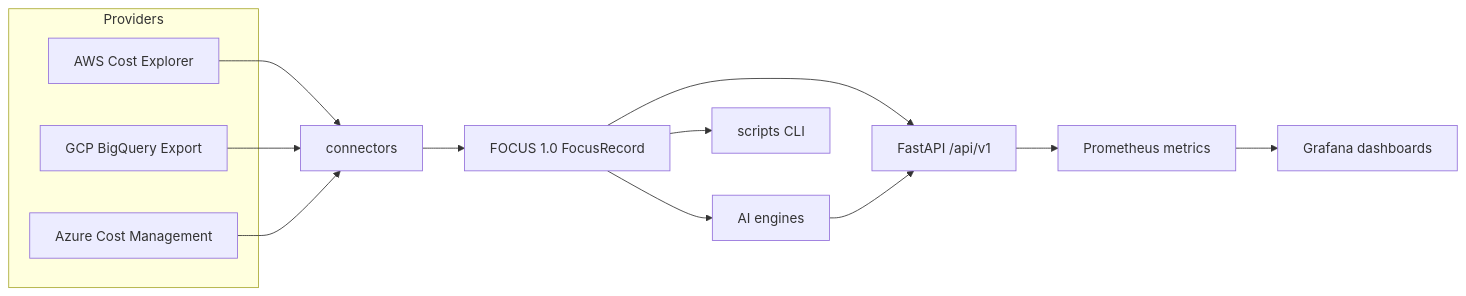
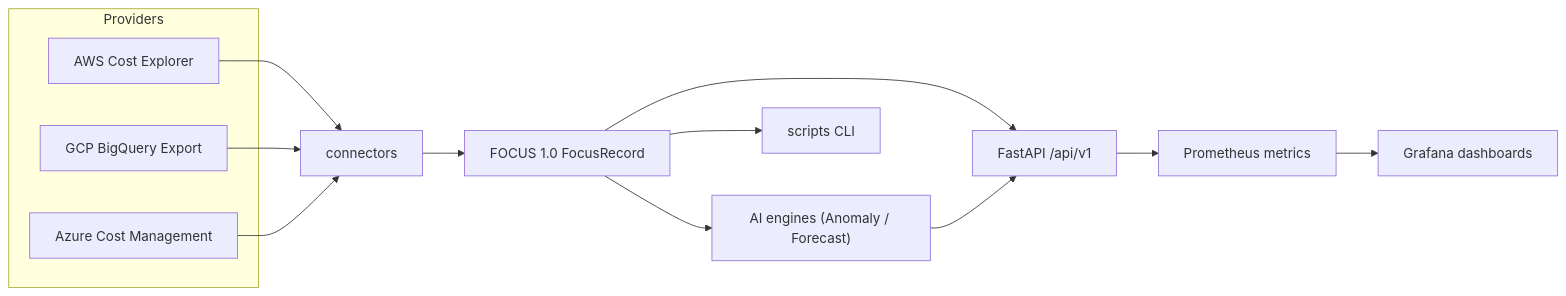
The diagram in README.md (priyaranjan-sahu/multi-cloud-finops), drawn with Mermaid before and after one commit. The commit also changed other lines of this file and 23 other files, not shown here.

````diff
--- a/README.md
+++ b/README.md
@@ -50,18 +53,18 @@
 ```mermaid
 flowchart LR
     subgraph Providers
         AWS["AWS Cost Explorer"]
         GCP["GCP BigQuery Export"]
         AZ["Azure Cost Management"]
     end
     AWS --> CON["connectors"]
     GCP --> CON
     AZ --> CON
     CON --> FOC["FOCUS 1.0 FocusRecord"]
-    FOC --> AI["AI engines"]
+    FOC --> AI["AI engines (Anomaly / Forecast)"]
     FOC --> API["FastAPI /api/v1"]
     FOC --> CLI["scripts CLI"]
     AI --> API
     API --> PROM["Prometheus metrics"]
     PROM --> GRA["Grafana dashboards"]
 ```
````
